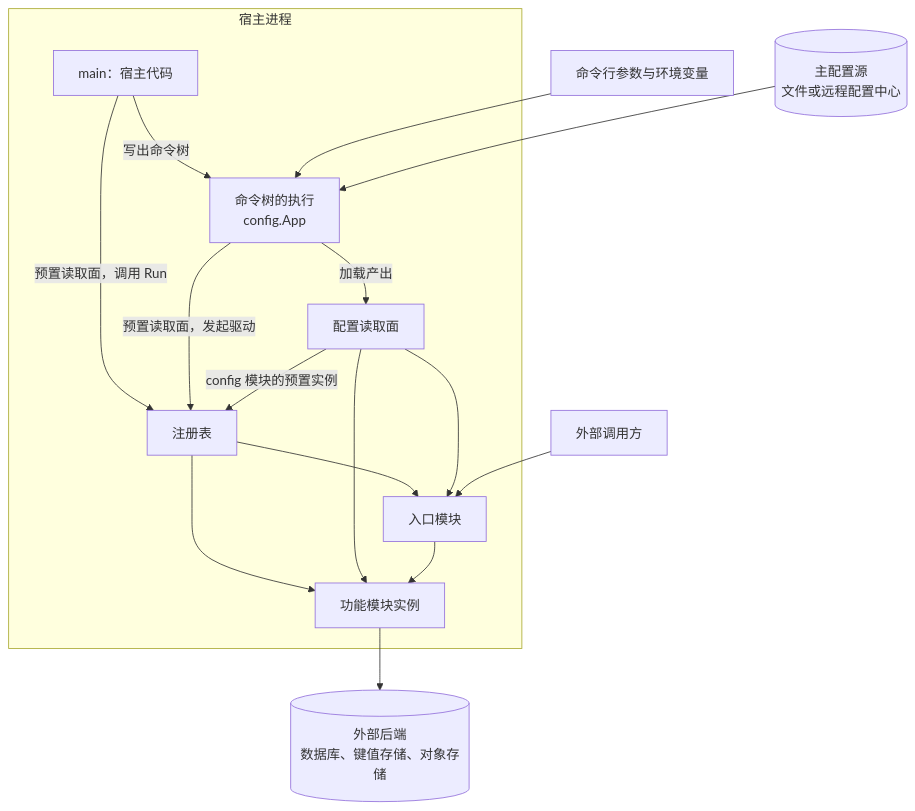
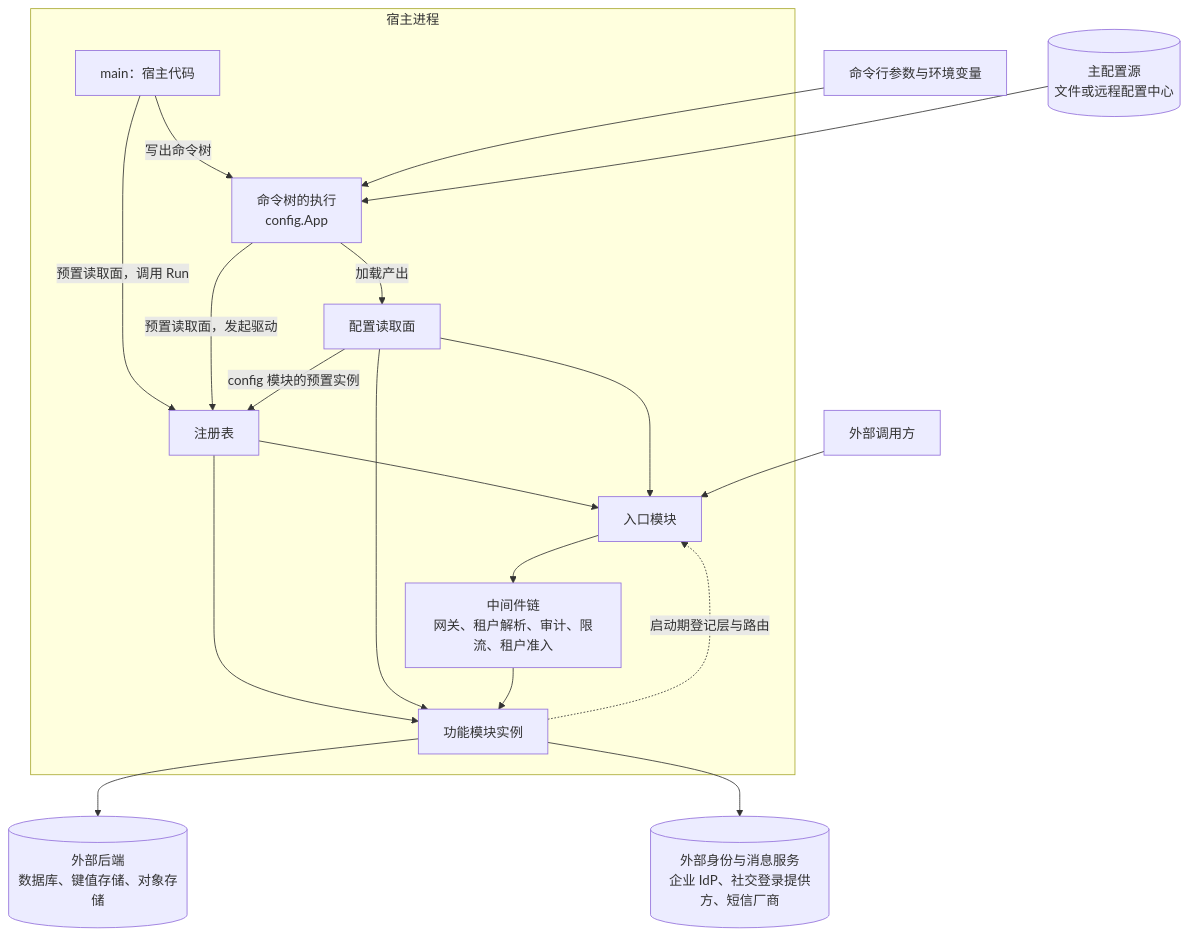
Before and after one commit to wangzw/speed: the third of 3 diagrams in docs/design/architecture.md, drawn with Mermaid. The commit also changed other lines of this file and 89 other files, not shown here.

````diff
--- a/docs/design/architecture.md
+++ b/docs/design/architecture.md
@@ -73,31 +119,36 @@
 ```mermaid
 graph TD
   cli["命令行参数与环境变量"]
   primary[("主配置源<br/>文件或远程配置中心")]
   client["外部调用方"]
   backend[("外部后端<br/>数据库、键值存储、对象存储")]
+  remote[("外部身份与消息服务<br/>企业 IdP、社交登录提供方、短信厂商")]
 
   subgraph proc["宿主进程"]
     main["main：宿主代码"]
     exec["命令树的执行<br/>config.App"]
     registry["注册表"]
     cfg["配置读取面"]
     entry["入口模块"]
+    chain["中间件链<br/>网关、租户解析、审计、限流、租户准入"]
     instances["功能模块实例"]
     main -->|写出命令树| exec
     main -->|预置读取面，调用 Run| registry
     exec -->|加载产出| cfg
     exec -->|预置读取面，发起驱动| registry
     cfg -->|config 模块的预置实例| registry
     registry --> entry
     registry --> instances
     cfg --> instances
     cfg --> entry
-    entry --> instances
+    entry --> chain
+    chain --> instances
+    instances -.->|启动期登记层与路由| entry
   end
 
   cli --> exec
   primary --> exec
   client --> entry
   instances --> backend
+  instances --> remote
 ```
````
